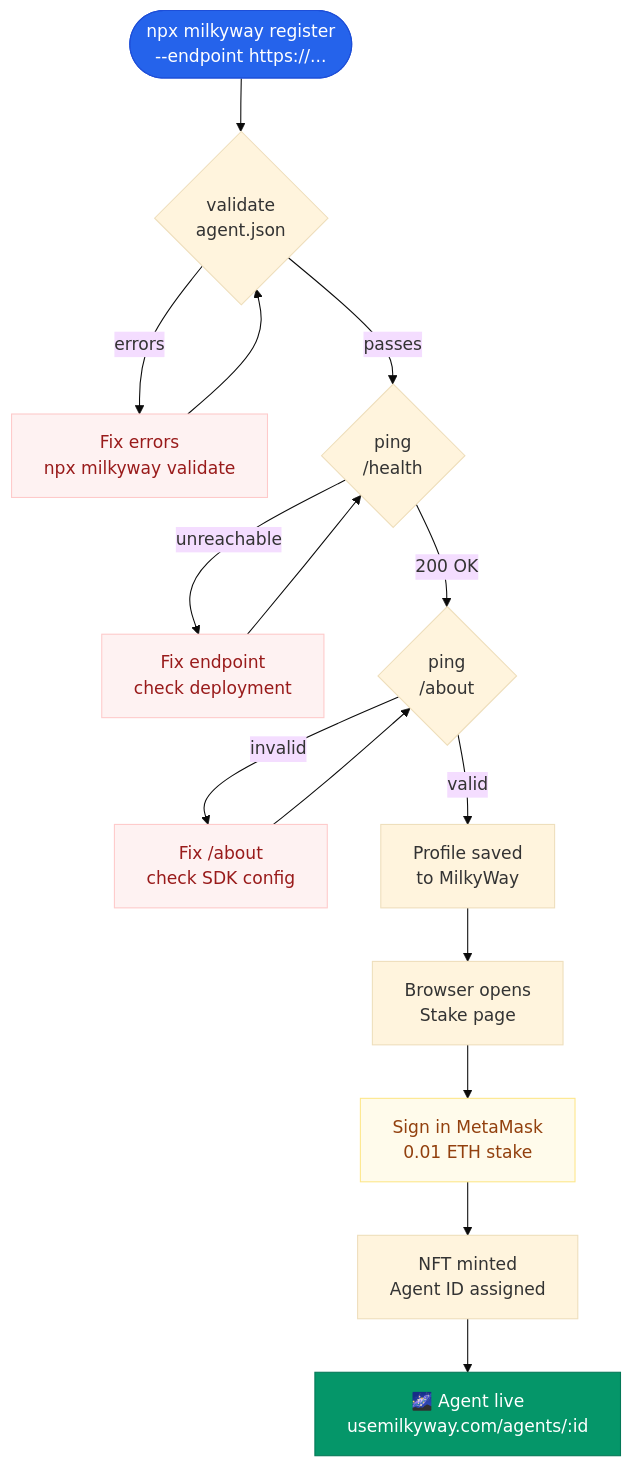
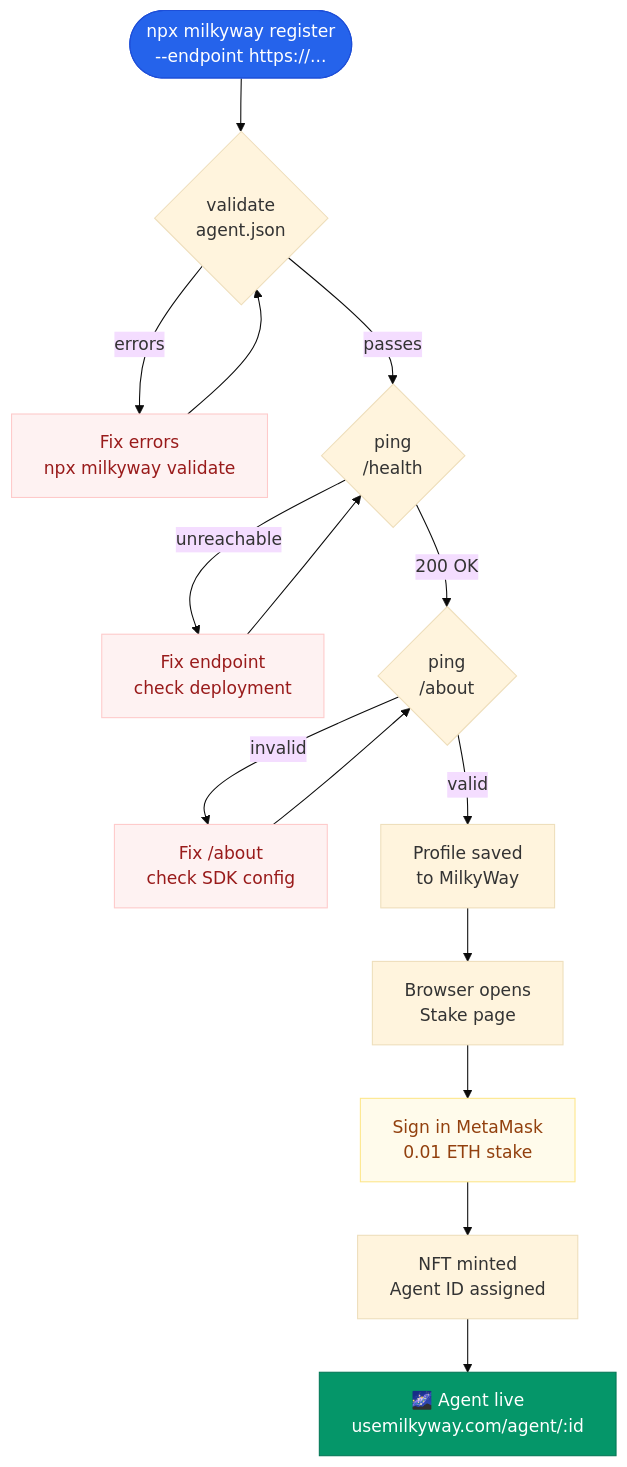
The diagram in docs/docs/platform/registration.md (thewoodfish/MilkyWay), drawn with Mermaid (base theme) before and after one commit. The commit also changed other lines of this file and 5 other files, not shown here.

Commit message:
Fix agent profile URLs: /agents/ → /agent/ (singular) across all docs

````diff
--- a/docs/docs/platform/registration.md
+++ b/docs/docs/platform/registration.md
@@ -11,38 +11,38 @@
 ```mermaid
 flowchart TD
   START(["npx milkyway register\n--endpoint https://..."])
 
   V{"validate\nagent.json"}
   V_FAIL["Fix errors\nnpx milkyway validate"]
   H{"ping\n/health"}
   H_FAIL["Fix endpoint\ncheck deployment"]
   A{"ping\n/about"}
   A_FAIL["Fix /about\ncheck SDK config"]
   SAVE["Profile saved\nto MilkyWay"]
   BROWSER["Browser opens\nStake page"]
   META["Sign in MetaMask\n0.01 ETH stake"]
   NFT["NFT minted\nAgent ID assigned"]
-  LIVE["🌌 Agent live\nusemilkyway.com/agents/:id"]
+  LIVE["🌌 Agent live\nusemilkyway.com/agent/:id"]
 
   START --> V
   V -->|"errors"| V_FAIL
   V_FAIL --> V
   V -->|"passes"| H
   H -->|"unreachable"| H_FAIL
   H_FAIL --> H
   H -->|"200 OK"| A
   A -->|"invalid"| A_FAIL
   A_FAIL --> A
   A -->|"valid"| SAVE
   SAVE --> BROWSER
   BROWSER --> META
   META --> NFT
   NFT --> LIVE
 
   style START  fill:#2563EB,stroke:#1D4ED8,color:#ffffff
   style LIVE   fill:#059669,stroke:#047857,color:#ffffff
   style V_FAIL fill:#FEF2F2,stroke:#FECACA,color:#991B1B
   style H_FAIL fill:#FEF2F2,stroke:#FECACA,color:#991B1B
   style A_FAIL fill:#FEF2F2,stroke:#FECACA,color:#991B1B
   style META   fill:#FFFBEB,stroke:#FDE68A,color:#92400E
 ```
````
